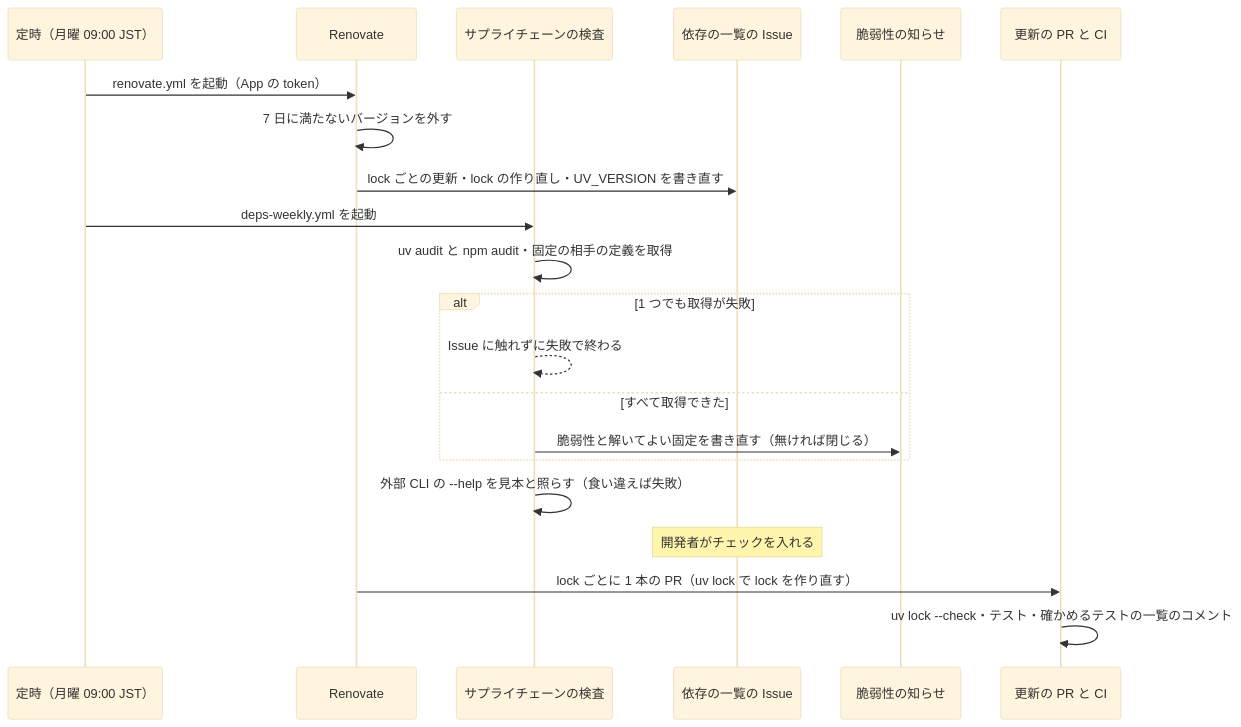
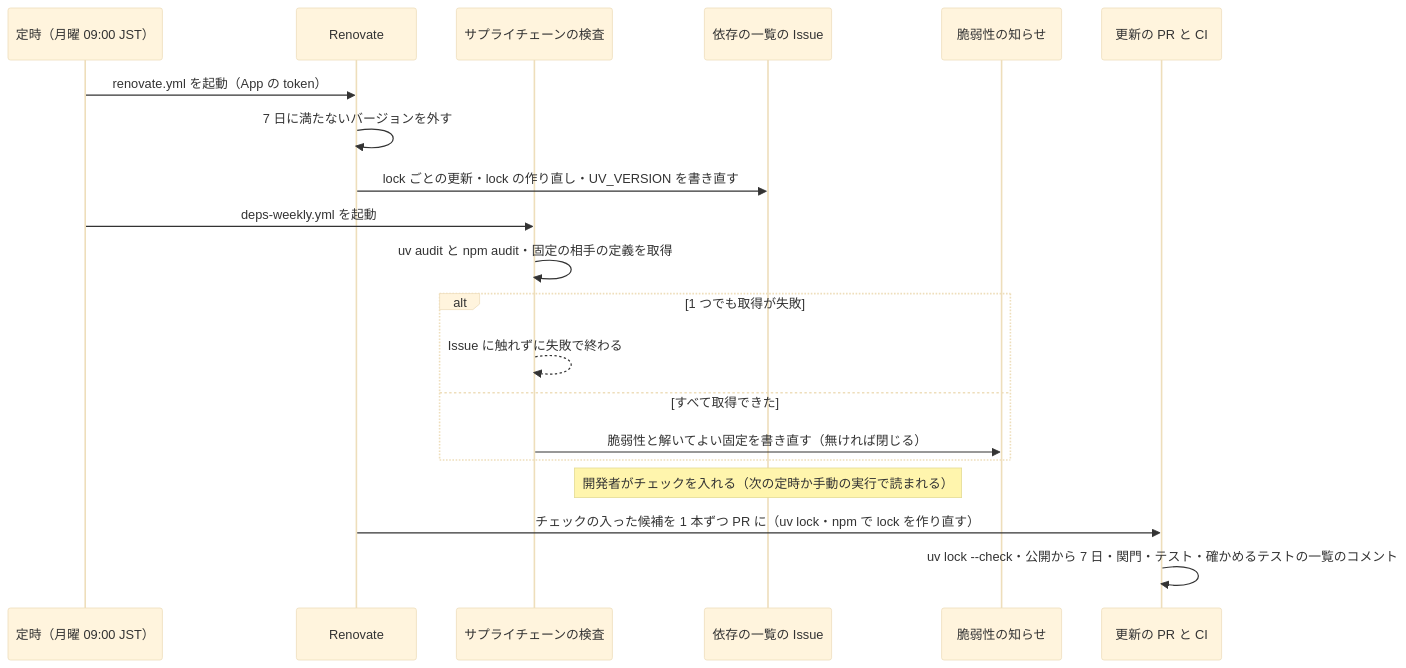
The fourth of 4 diagrams in issues/issue-3370-3691-design.md (devbasex/ai-plugins), drawn with Mermaid (base theme) before and after one commit. The commit also changed other lines of this file and 2 other files, not shown here.

````diff
--- a/issues/issue-3370-3691-design.md
+++ b/issues/issue-3370-3691-design.md
@@ -212,23 +214,22 @@
 ```mermaid
 sequenceDiagram
     participant S as 定時（月曜 09:00 JST）
     participant R as Renovate
     participant W as サプライチェーンの検査
     participant D as 依存の一覧の Issue
     participant V as 脆弱性の知らせ
     participant U as 更新の PR と CI
     S->>R: renovate.yml を起動（App の token）
     R->>R: 7 日に満たないバージョンを外す
     R->>D: lock ごとの更新・lock の作り直し・UV_VERSION を書き直す
     S->>W: deps-weekly.yml を起動
     W->>W: uv audit と npm audit・固定の相手の定義を取得
     alt 1 つでも取得が失敗
         W-->>W: Issue に触れずに失敗で終わる
     else すべて取得できた
         W->>V: 脆弱性と解いてよい固定を書き直す（無ければ閉じる）
     end
-    W->>W: 外部 CLI の --help を見本と照らす（食い違えば失敗）
-    Note over D: 開発者がチェックを入れる
-    R->>U: lock ごとに 1 本の PR（uv lock で lock を作り直す）
-    U->>U: uv lock --check・テスト・確かめるテストの一覧のコメント
+    Note over D: 開発者がチェックを入れる（次の定時か手動の実行で読まれる）
+    R->>U: チェックの入った候補を 1 本ずつ PR に（uv lock・npm で lock を作り直す）
+    U->>U: uv lock --check・公開から 7 日・関門・テスト・確かめるテストの一覧のコメント
 ```
````
